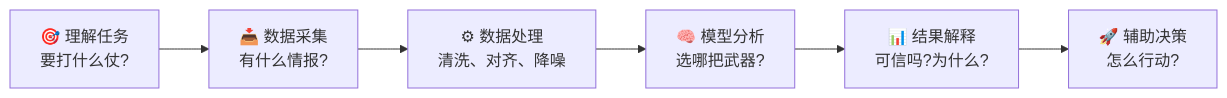
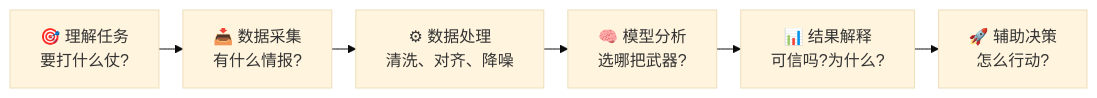
One commit to YangYibiao/yangyibiao.github.io changed the diagram in datamining/slides/01_intro.md. Above: the diagram before and after it, drawn with Mermaid. The commit also changed other lines of this file and 13 other files, not shown here.

First line of the commit message:
datamining: add course index page; polish decks (layout, emphasis, font-size floor)

````diff
--- a/datamining/slides/01_intro.md
+++ b/datamining/slides/01_intro.md
@@ -431,9 +437,10 @@
 ```mermaid
+%%{init: { 'theme': 'base', 'themeVariables': { 'fontSize': '16px', 'fontFamily': 'LXGWWenKai, \"Noto Sans SC\", sans-serif' }, 'flowchart': { 'nodeSpacing': 12, 'rankSpacing': 24 } } }%%
 flowchart LR
     A["🎯 理解任务<br/>要打什么仗?"]
     --> B["📥 数据采集<br/>有什么情报?"]
     --> C["⚙ 数据处理<br/>清洗、对齐、降噪"]
     --> D["🧠 模型分析<br/>选哪把武器?"]
     --> E["📊 结果解释<br/>可信吗?为什么?"]
     --> F["🚀 辅助决策<br/>怎么行动?"]
 ```
````
